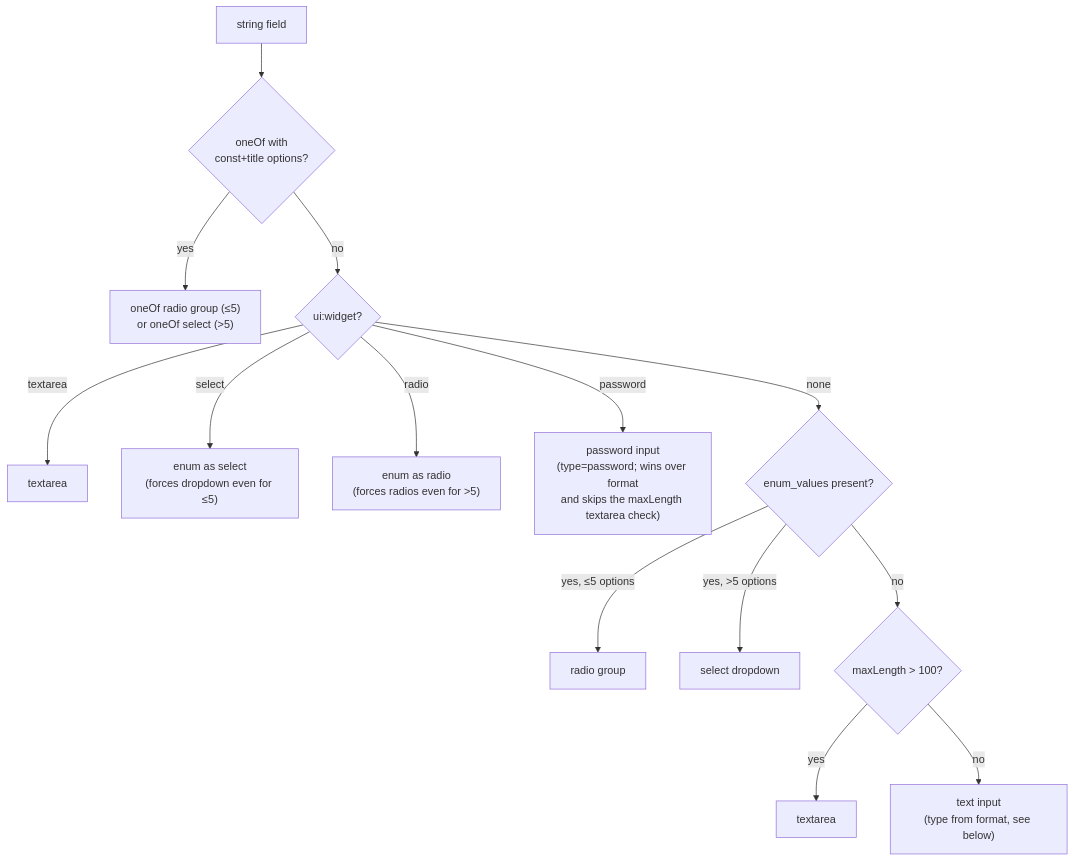
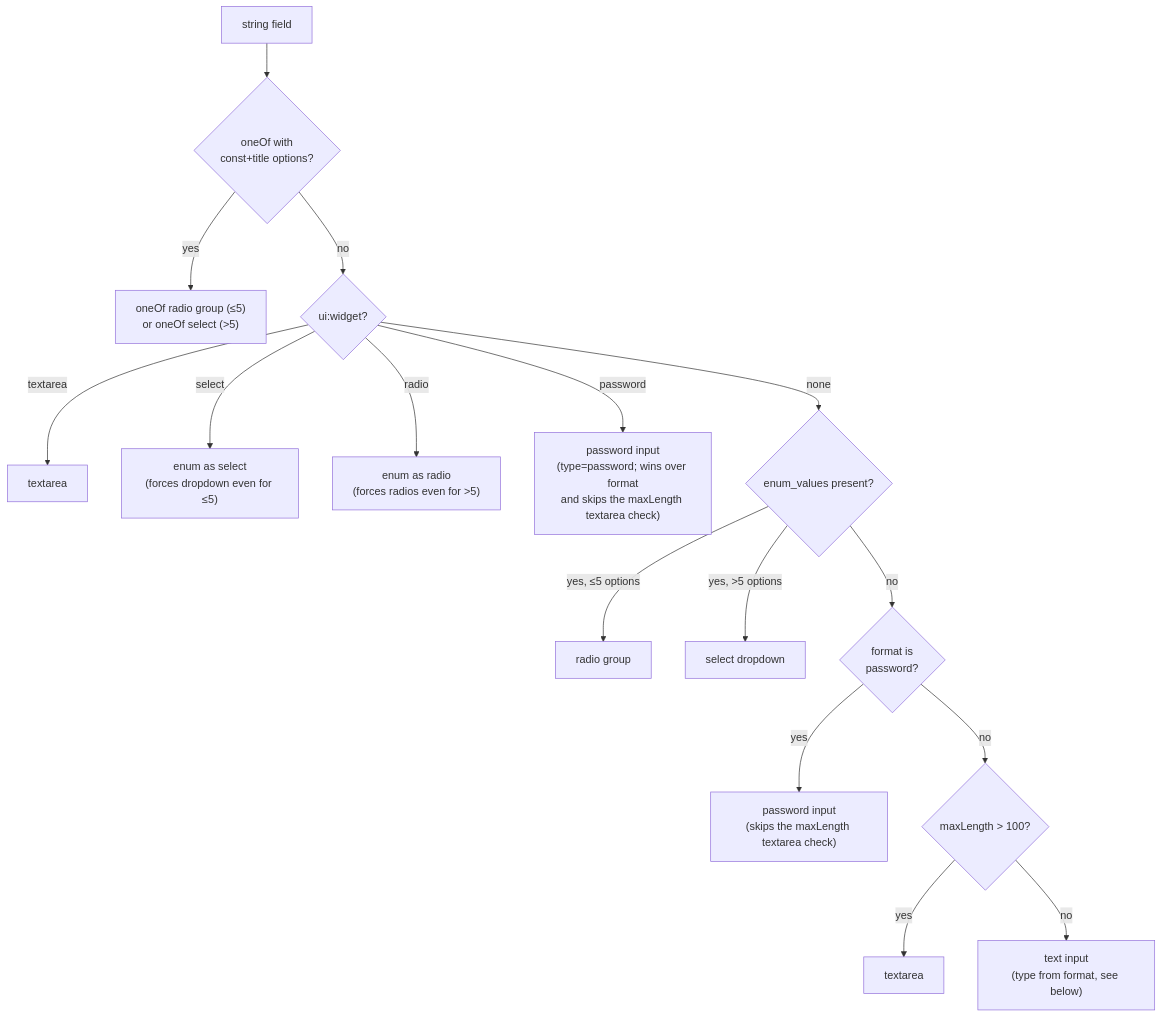
The second of 2 diagrams in docs/reference/widgets.md (radionest/gleam_formosh), drawn with Mermaid before and after one commit. The commit also changed 6 other files, not shown here.

First line of the commit message:
fix(string-field): mask format: "password" regardless of maxLength

````diff
--- a/docs/reference/widgets.md
+++ b/docs/reference/widgets.md
@@ -65,16 +65,18 @@
 ```mermaid
 flowchart TD
     S["string field"] --> OO{"oneOf with<br/>const+title options?"}
     OO -- "yes" --> OOW["oneOf radio group (≤5)<br/>or oneOf select (>5)"]
     OO -- "no" --> UW{"ui:widget?"}
     UW -- "textarea" --> TA["textarea"]
     UW -- "select" --> SEL["enum as select<br/>(forces dropdown even for ≤5)"]
     UW -- "radio" --> RAD["enum as radio<br/>(forces radios even for >5)"]
     UW -- "password" --> PW["password input<br/>(type=password; wins over format<br/>and skips the maxLength textarea check)"]
     UW -- "none" --> EV{"enum_values present?"}
     EV -- "yes, ≤5 options" --> R5["radio group"]
     EV -- "yes, >5 options" --> S5["select dropdown"]
-    EV -- "no" --> ML{"maxLength > 100?"}
+    EV -- "no" --> PWF{"format is<br/>password?"}
+    PWF -- "yes" --> PW2["password input<br/>(skips the maxLength textarea check)"]
+    PWF -- "no" --> ML{"maxLength > 100?"}
     ML -- "yes" --> TA2["textarea"]
     ML -- "no" --> TXT["text input<br/>(type from format, see below)"]
 ```
````
